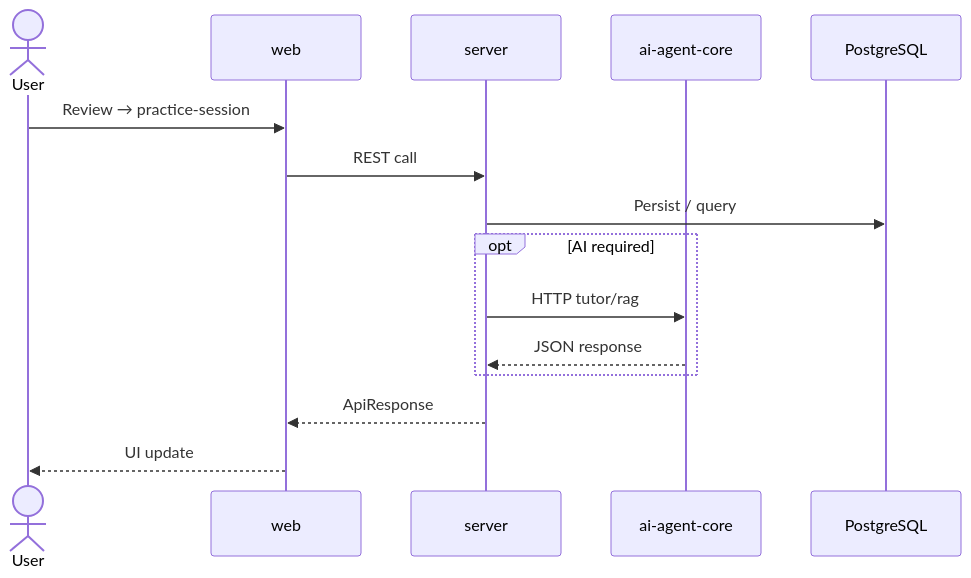
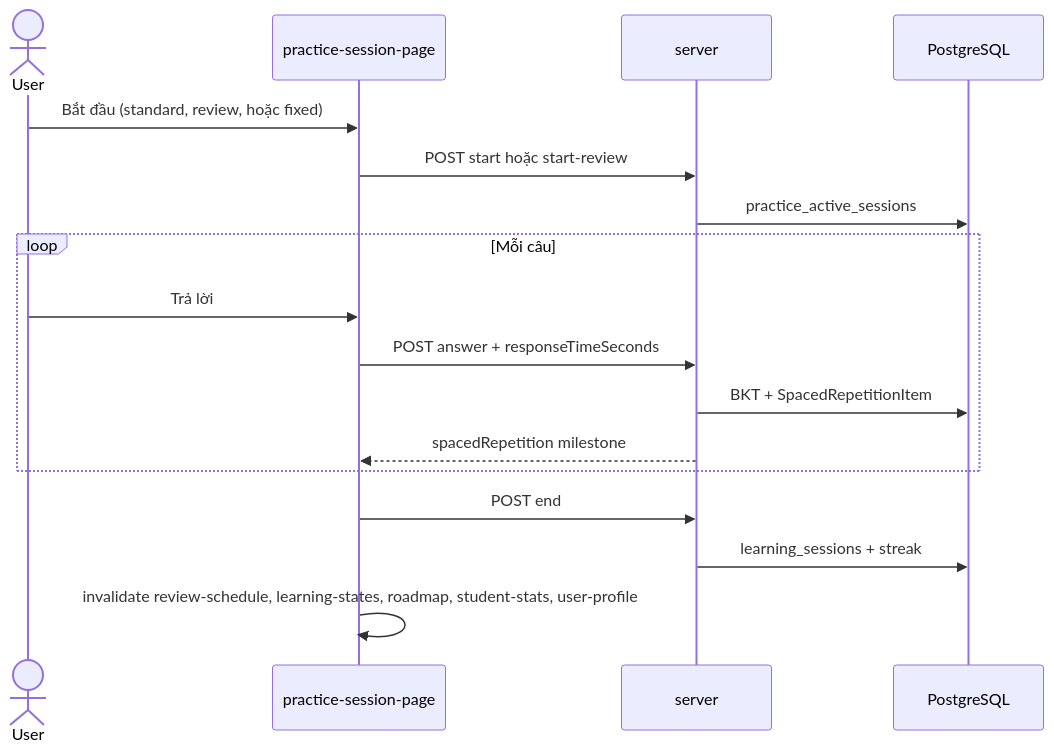
The diagram in docs/04-integration/flows/12-practice-session.md (kuniquoc/eduboost), drawn with Mermaid before and after one commit. The commit also changed other lines of this file and 180 other files, not shown here.

First line of the commit message:
feat: enhance AI agent configuration and session management

````diff
--- a/docs/04-integration/flows/12-practice-session.md
+++ b/docs/04-integration/flows/12-practice-session.md
@@ -11,17 +11,19 @@
 ```mermaid
 sequenceDiagram
     actor User
-    participant Web as web
+    participant Web as practice-session-page
     participant API as server
-    participant Agent as ai-agent-core
     participant DB as PostgreSQL
-    User->>Web: Review → practice-session
-    Web->>API: REST call
-    API->>DB: Persist / query
-    opt AI required
-        API->>Agent: HTTP tutor/rag
-        Agent-->>API: JSON response
+    User->>Web: Bắt đầu (standard, review, hoặc fixed)
+    Web->>API: POST start hoặc start-review
+    API->>DB: practice_active_sessions
+    loop Mỗi câu
+        User->>Web: Trả lời
+        Web->>API: POST answer + responseTimeSeconds
+        API->>DB: BKT + SpacedRepetitionItem
+        API-->>Web: spacedRepetition milestone
     end
-    API-->>Web: ApiResponse
-    Web-->>User: UI update
+    Web->>API: POST end
+    API->>DB: learning_sessions + streak
+    Web->>Web: invalidate review-schedule, learning-states, roadmap, student-stats, user-profile
 ```
````
